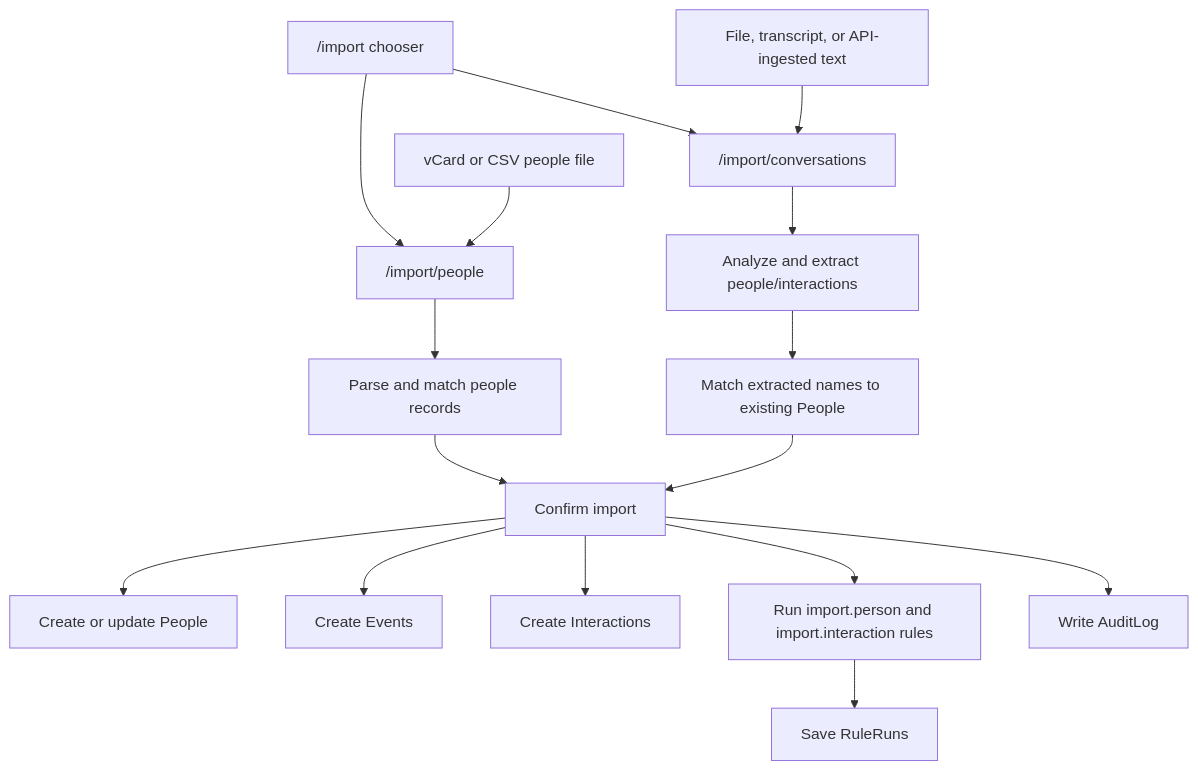
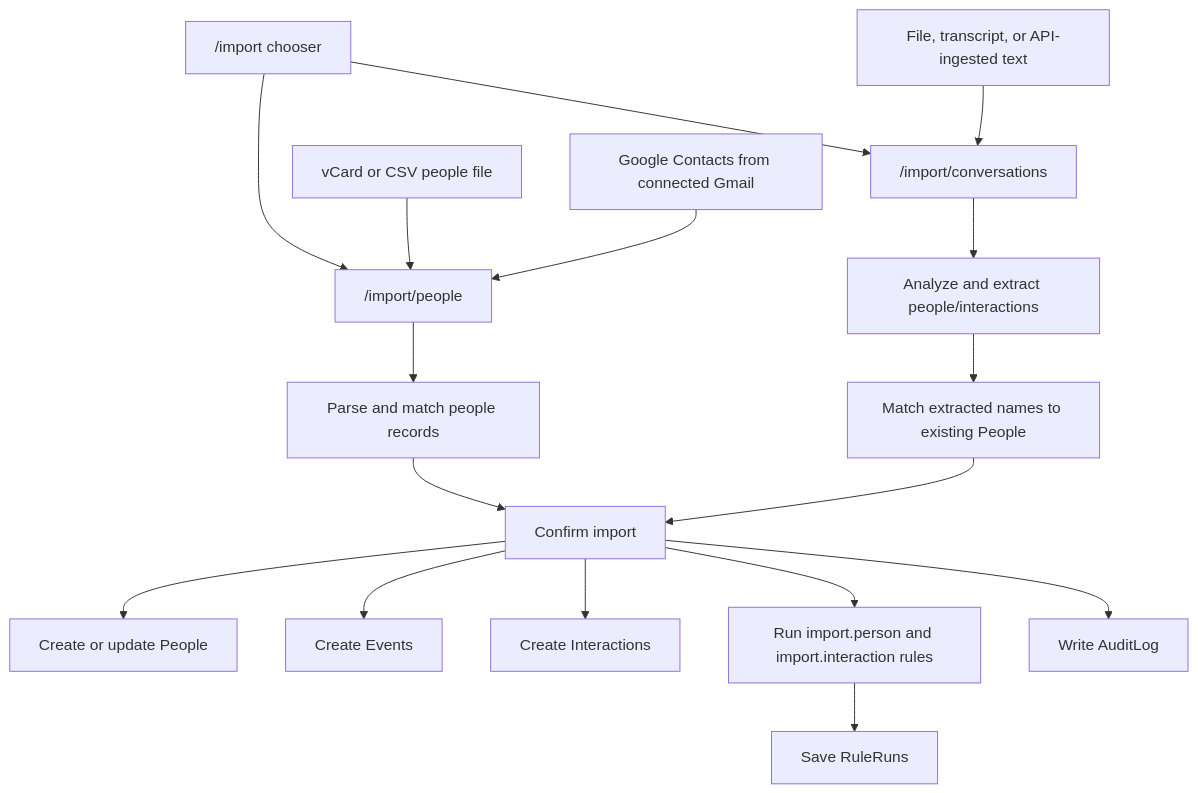
One commit to josephdfryer/life-os changed the fifth of 18 diagrams in docs/PERSONS_ARCHITECTURE.md. Above: the diagram before and after it, drawn with Mermaid. The commit also changed other lines of this file and 3 other files, not shown here.

Commit message:
feat: import google contacts into people

````diff
--- a/docs/PERSONS_ARCHITECTURE.md
+++ b/docs/PERSONS_ARCHITECTURE.md
@@ -166,18 +166,19 @@
 ```mermaid
 flowchart TD
   ImportHub["/import chooser"] --> PeopleImport["/import/people"]
   ImportHub --> ConversationImport["/import/conversations"]
   PeopleFile["vCard or CSV people file"] --> PeopleImport
+  GoogleContacts["Google Contacts from connected Gmail"] --> PeopleImport
   File["File, transcript, or API-ingested text"] --> ConversationImport
   ConversationImport --> Analyze["Analyze and extract people/interactions"]
   PeopleImport --> ParsePeople["Parse and match people records"]
   ParsePeople --> Confirm
   Analyze --> MatchPeople["Match extracted names to existing People"]
   MatchPeople --> Confirm["Confirm import"]
   Confirm --> People["Create or update People"]
   Confirm --> Events["Create Events"]
   Confirm --> Interactions["Create Interactions"]
   Confirm --> Rules["Run import.person and import.interaction rules"]
   Rules --> RuleRuns["Save RuleRuns"]
   Confirm --> Audit["Write AuditLog"]
 ```
````
